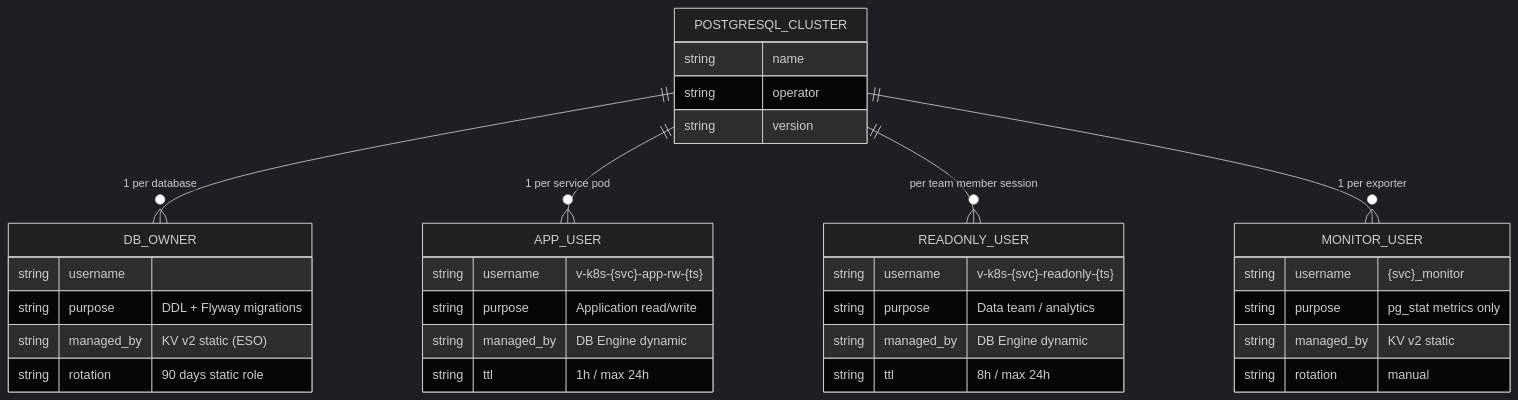
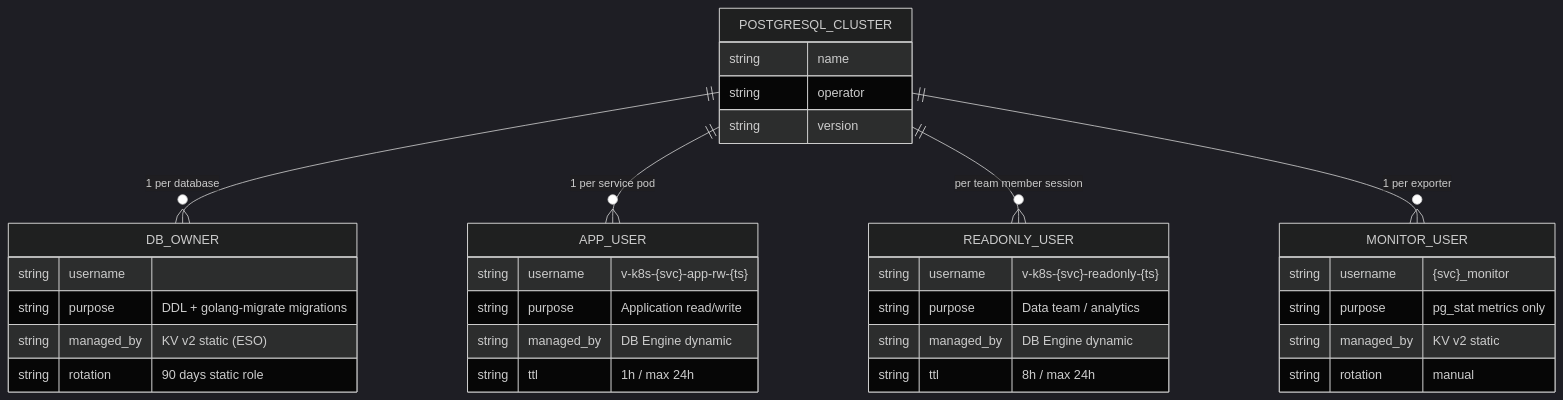
Before and after one commit to duynhlab/homelab: the tenth of 18 diagrams in docs/secrets/README.md, drawn with Mermaid (dark theme). The commit also changed other lines of this file and 6 other files, not shown here.

Commit message:
Update docs for golang-migrate migrations

````diff
--- a/docs/secrets/README.md
+++ b/docs/secrets/README.md
@@ -456,41 +456,41 @@
 ```mermaid
 erDiagram
     POSTGRESQL_CLUSTER {
         string name
         string operator
         string version
     }
 
     DB_OWNER {
         string username
-        string purpose "DDL + Flyway migrations"
+        string purpose "DDL + golang-migrate migrations"
         string managed_by "KV v2 static (ESO)"
         string rotation "90 days static role"
     }
 
     APP_USER {
         string username "v-k8s-{svc}-app-rw-{ts}"
         string purpose "Application read/write"
         string managed_by "DB Engine dynamic"
         string ttl "1h / max 24h"
     }
 
     READONLY_USER {
         string username "v-k8s-{svc}-readonly-{ts}"
         string purpose "Data team / analytics"
         string managed_by "DB Engine dynamic"
         string ttl "8h / max 24h"
     }
 
     MONITOR_USER {
         string username "{svc}_monitor"
         string purpose "pg_stat metrics only"
         string managed_by "KV v2 static"
         string rotation "manual"
     }
 
     POSTGRESQL_CLUSTER ||--o{ DB_OWNER : "1 per database"
     POSTGRESQL_CLUSTER ||--o{ APP_USER : "1 per service pod"
     POSTGRESQL_CLUSTER ||--o{ READONLY_USER : "per team member session"
     POSTGRESQL_CLUSTER ||--o{ MONITOR_USER : "1 per exporter"
 ```
````
